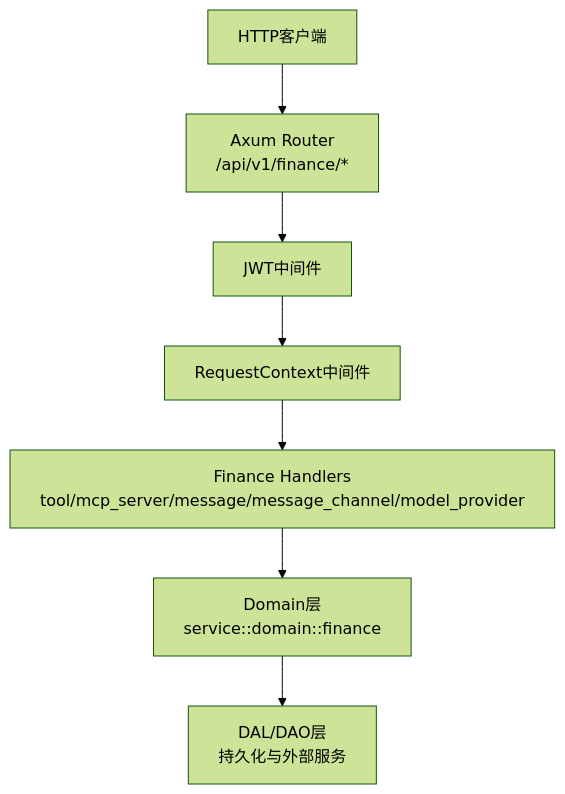
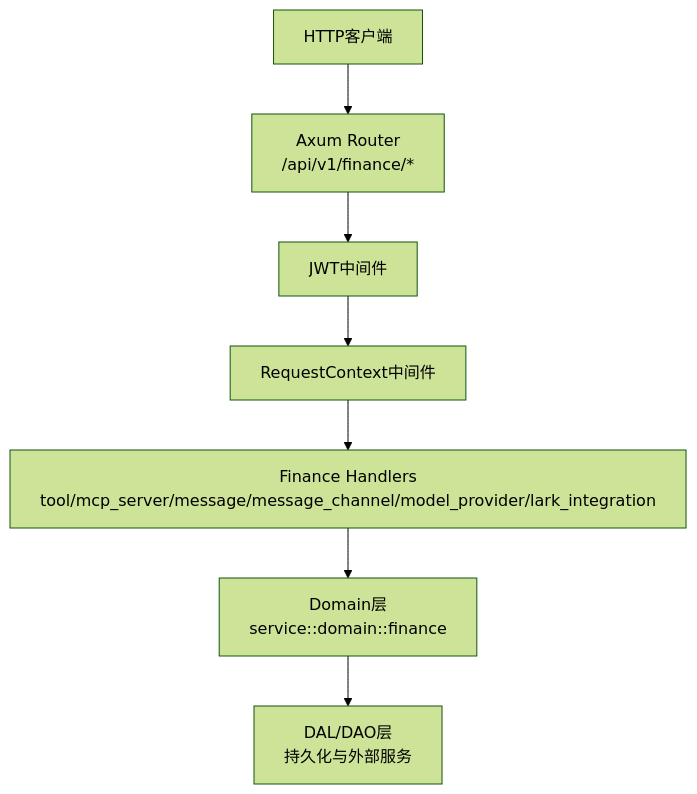
One commit to runningcoders/ai_orz changed the first of 9 diagrams in .qoder/repowiki/zh/content/核心模块/处理器层/Finance模块处理器/Finance模块处理器.md. Above: the diagram before and after it, drawn with Mermaid (forest theme). The commit also changed other lines of this file and 9 other files, not shown here.

````diff
--- a/.qoder/repowiki/zh/content/核心模块/处理器层/Finance模块处理器/Finance模块处理器.md
+++ b/.qoder/repowiki/zh/content/核心模块/处理器层/Finance模块处理器/Finance模块处理器.md
@@ -46,9 +60,9 @@
 ```mermaid
 graph TB
 A["HTTP客户端"] --> B["Axum Router<br/>/api/v1/finance/*"]
 B --> C["JWT中间件"]
 C --> D["RequestContext中间件"]
-D --> E["Finance Handlers<br/>tool/mcp_server/message/message_channel/model_provider"]
+D --> E["Finance Handlers<br/>tool/mcp_server/message/message_channel/model_provider/lark_integration"]
 E --> F["Domain层<br/>service::domain::finance"]
 F --> G["DAL/DAO层<br/>持久化与外部服务"]
 ```
````
